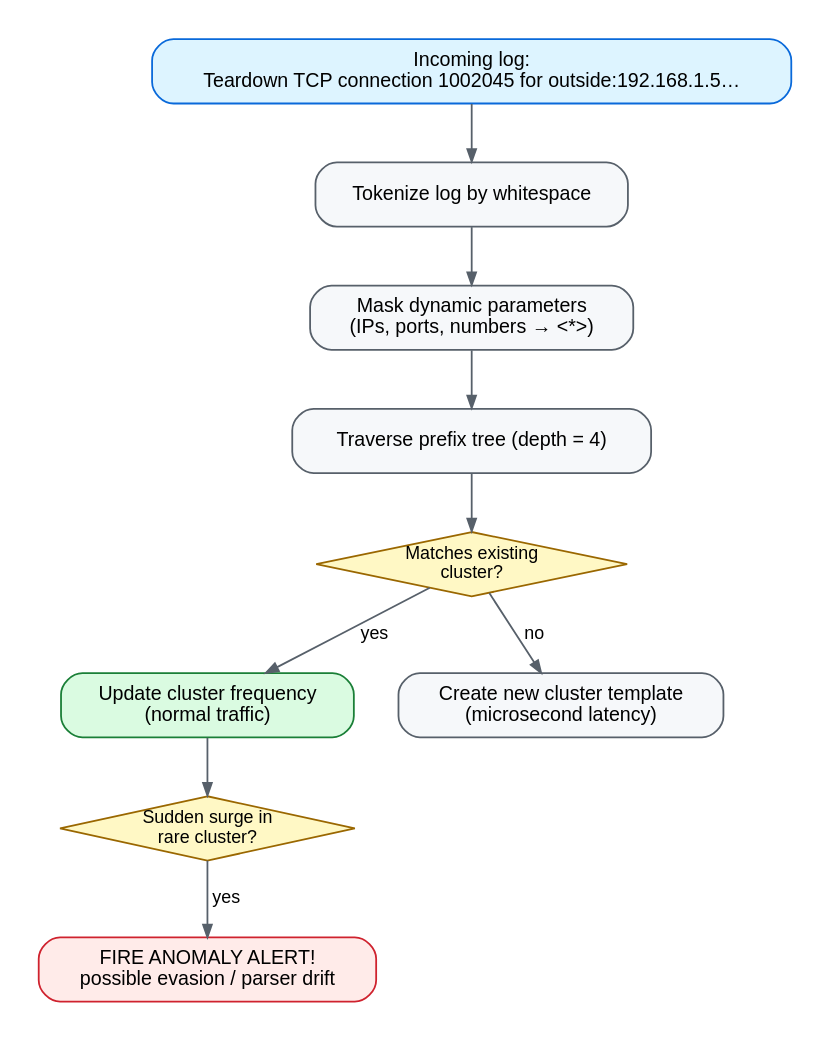
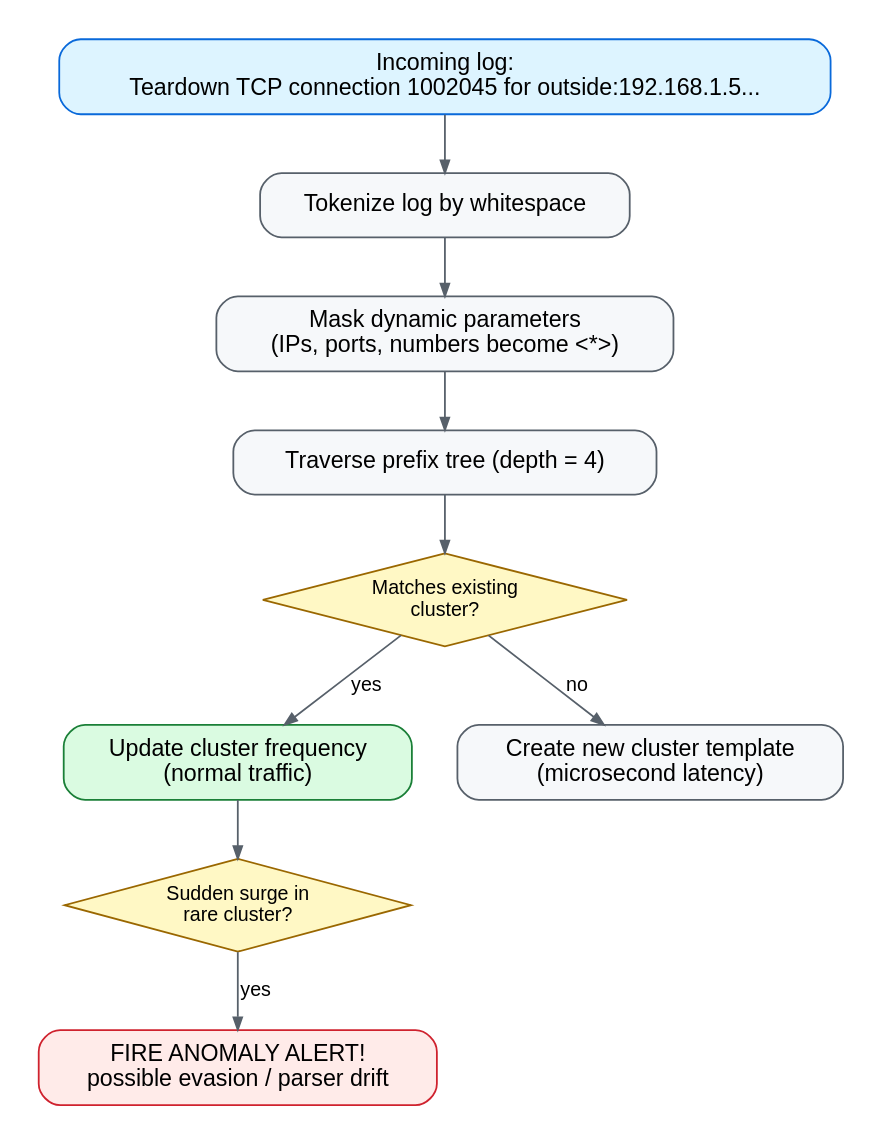
One commit to animishraa05/layaRustparser changed the diagram in docs/diagrams/drain-anomaly-flow.dot. Above: the diagram before and after it, drawn with Graphviz. The commit also changed 11 other files, not shown here.

First line of the commit message:
docs(diagrams): rewrite 6 DOT labels to ASCII-only plain English

```diff
--- a/docs/diagrams/drain-anomaly-flow.dot
+++ b/docs/diagrams/drain-anomaly-flow.dot
@@ -1,23 +1,24 @@
-// Drain template mining + anomaly flow — source for docs/SIMPLIFIED_EXPLANATION_AND_BENCHMARKS.md §5.
+// Drain template mining + anomaly flow - source for docs/SIMPLIFIED_EXPLANATION_AND_BENCHMARKS.md section 5.
 // Regenerate: dot -Tsvg docs/diagrams/drain-anomaly-flow.dot -o docs/diagrams/drain-anomaly-flow.svg
+// Rule: ASCII-only label text (no unicode symbols - some renderers show tofu).
 digraph drain_anomaly_flow {
   graph [rankdir=TB, bgcolor="white", pad="0.2", nodesep="0.35", ranksep="0.45", fontname="Helvetica"];
-  node [shape="box", style="filled,rounded", fillcolor="#f6f8fa", color="#57606a", fontname="Helvetica", fontsize="11", margin="0.16,0.09"];
-  edge [color="#57606a", fontname="Helvetica", fontsize="10", arrowsize="0.7"];
+  node [shape="box", style="filled,rounded", fillcolor="#f6f8fa", color="#57606a", fontname="Helvetica", fontsize="13", margin="0.18,0.10"];
+  edge [color="#57606a", fontname="Helvetica", fontsize="11", arrowsize="0.7"];
 
-  incoming [label="Incoming log:\nTeardown TCP connection 1002045 for outside:192.168.1.5…", fillcolor="#ddf4ff", color="#0969da"];
+  incoming [label="Incoming log:\nTeardown TCP connection 1002045 for outside:192.168.1.5...", fillcolor="#ddf4ff", color="#0969da"];
   t1 [label="Tokenize log by whitespace"];
-  t2 [label="Mask dynamic parameters\n(IPs, ports, numbers → <*>)"];
+  t2 [label="Mask dynamic parameters\n(IPs, ports, numbers become <*>)"];
   t3 [label="Traverse prefix tree (depth = 4)"];
-  match [label="Matches existing\ncluster?", shape=diamond, style=filled, fillcolor="#fff8c5", color="#9a6700", fontsize=10, margin="0.05,0.02"];
+  match [label="Matches existing\ncluster?", shape=diamond, style=filled, fillcolor="#fff8c5", color="#9a6700", fontsize="11", margin="0.05,0.02"];
   known [label="Update cluster frequency\n(normal traffic)", fillcolor="#dafbe1", color="#1a7f37"];
-  surge [label="Sudden surge in\nrare cluster?", shape=diamond, style=filled, fillcolor="#fff8c5", color="#9a6700", fontsize=10, margin="0.05,0.02"];
+  surge [label="Sudden surge in\nrare cluster?", shape=diamond, style=filled, fillcolor="#fff8c5", color="#9a6700", fontsize="11", margin="0.05,0.02"];
   alert [label="FIRE ANOMALY ALERT!\npossible evasion / parser drift", fillcolor="#ffebe9", color="#cf222e"];
   newc  [label="Create new cluster template\n(microsecond latency)"];
 
   incoming -> t1 -> t2 -> t3 -> match;
-  match -> known [label=" yes"];
+  match -> known [label="yes"];
   known -> surge;
-  surge -> alert [label=" yes"];
-  match -> newc [label=" no"];
+  surge -> alert [label="yes"];
+  match -> newc [label="no"];
 }
```
